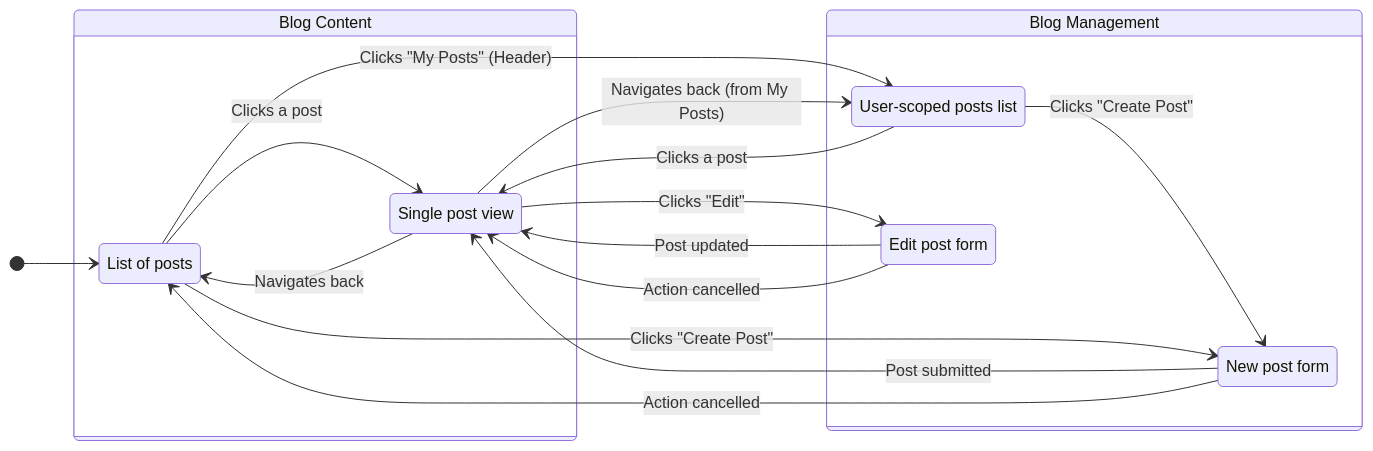
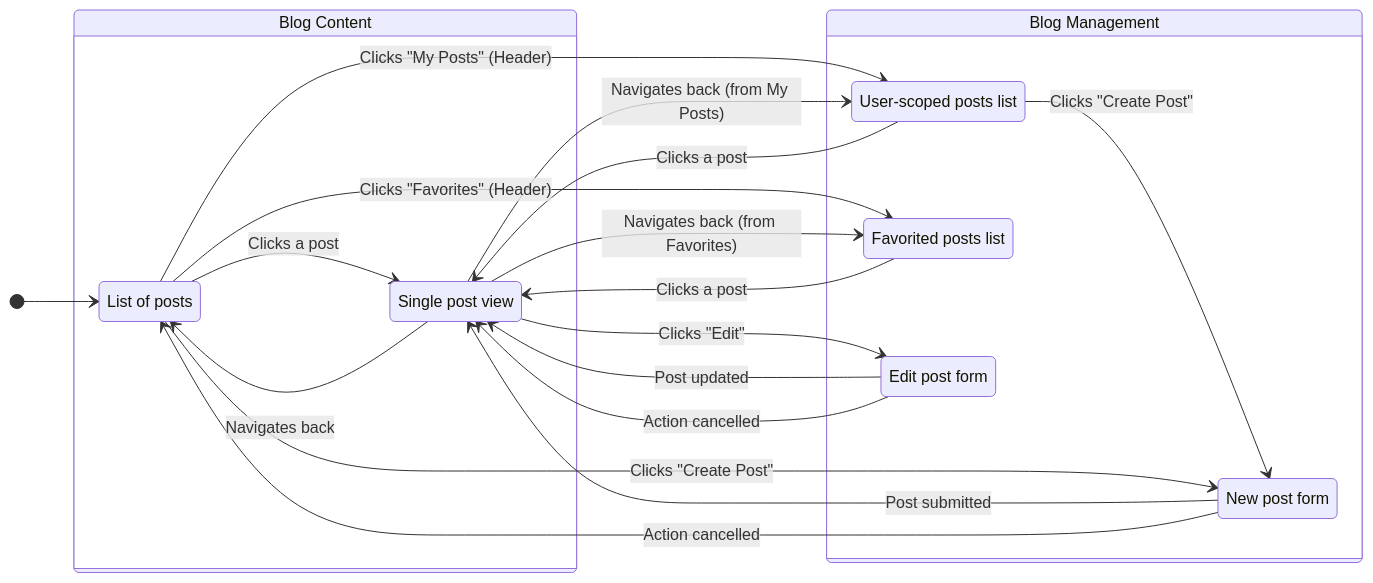
Before and after one commit to mnagatsuka/next-firebase-auth: the first of 4 diagrams in docs/specifications/ui/page-transitions.md, drawn with Mermaid. The commit also changed other lines of this file and 67 other files, not shown here.

````diff
--- a/docs/specifications/ui/page-transitions.md
+++ b/docs/specifications/ui/page-transitions.md
@@ -15,35 +15,39 @@
 ```mermaid
 stateDiagram-v2
     direction LR
 
     [*] --> HomePage
 
     state "Blog Content" as Content {
         HomePage: List of posts
         PostDetailPage: Single post view
     }
 
     state "Blog Management" as Management {
         MyPostsPage: User-scoped posts list
+        FavoritesPage: Favorited posts list
         CreatePostPage: New post form
         EditPostPage: Edit post form
     }
 
     HomePage --> PostDetailPage: Clicks a post
     PostDetailPage --> HomePage: Navigates back
 
     HomePage --> MyPostsPage: Clicks "My Posts" (Header)
+    HomePage --> FavoritesPage: Clicks "Favorites" (Header)
     MyPostsPage --> PostDetailPage: Clicks a post
     MyPostsPage --> CreatePostPage: Clicks "Create Post"
+    FavoritesPage --> PostDetailPage: Clicks a post
 
     HomePage --> CreatePostPage: Clicks "Create Post"
     PostDetailPage --> EditPostPage: Clicks "Edit"
 
     CreatePostPage --> PostDetailPage: Post submitted
     EditPostPage --> PostDetailPage: Post updated
 
     CreatePostPage --> HomePage: Action cancelled
     EditPostPage --> PostDetailPage: Action cancelled
 
     PostDetailPage --> MyPostsPage: Navigates back (from My Posts)
+    PostDetailPage --> FavoritesPage: Navigates back (from Favorites)
 ```
````
